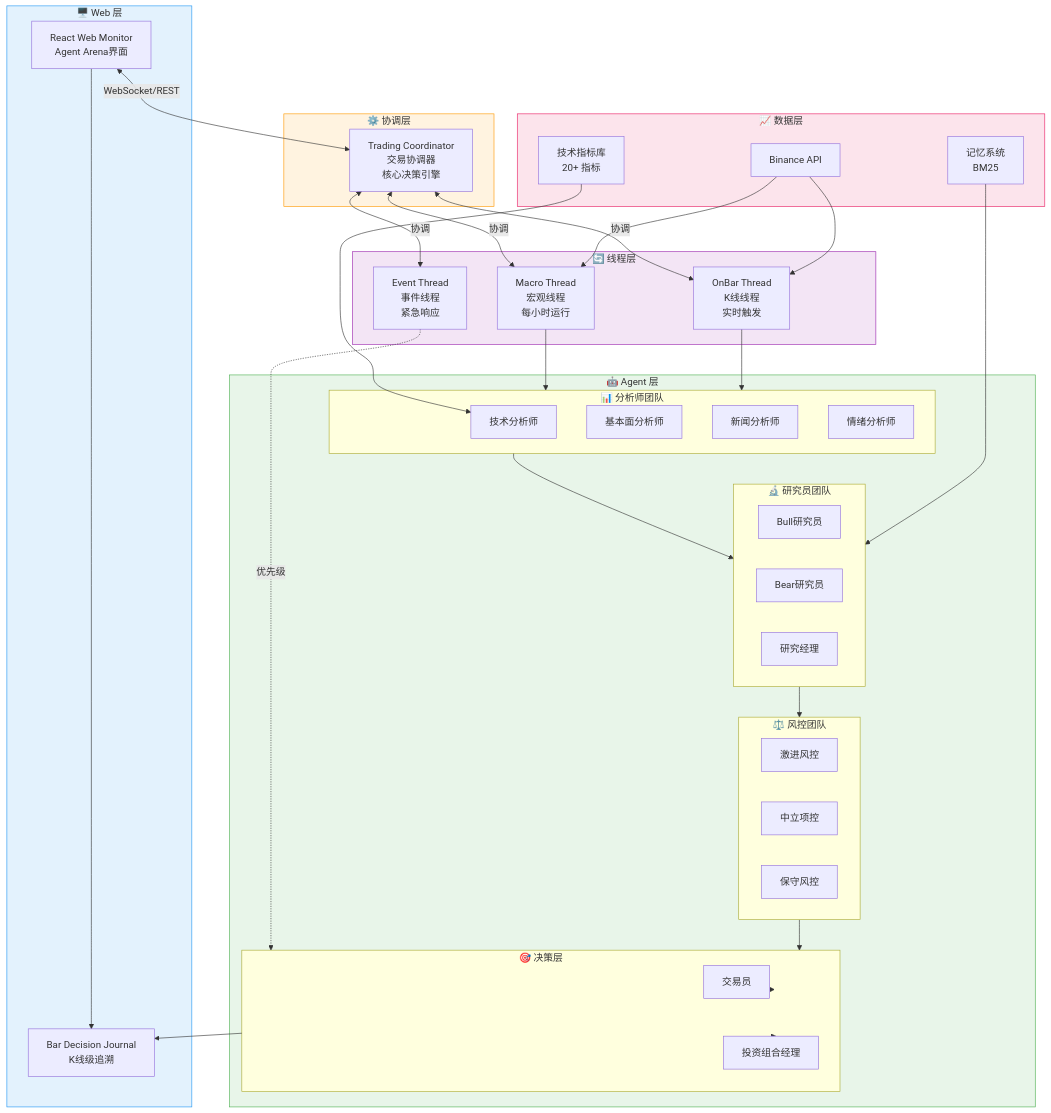
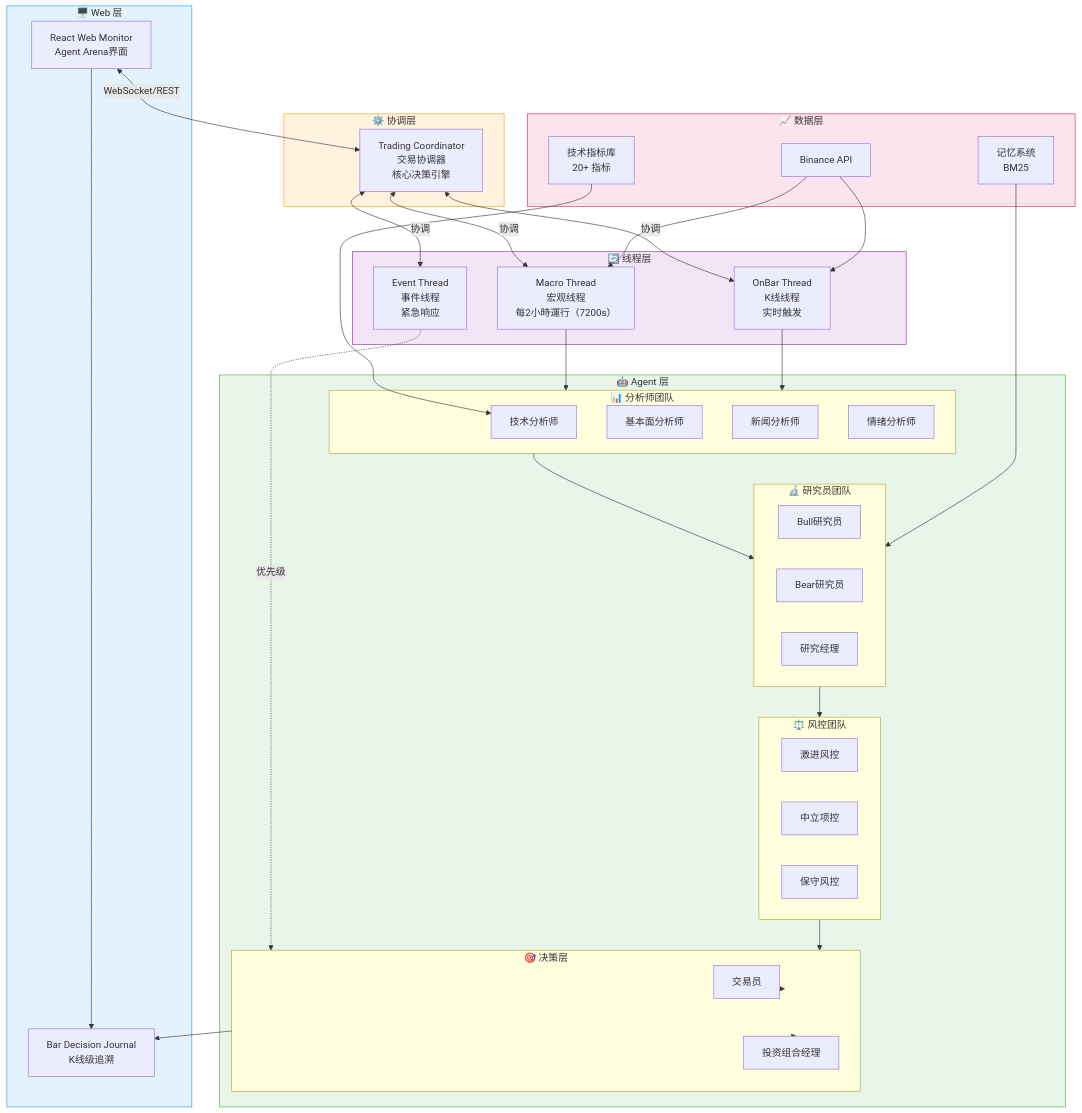
Before and after one commit to dimx9173/vibe-trading-encyc: the first of 2 diagrams in docs/guide/architecture.md, drawn with Mermaid. The commit also changed other lines of this file and 10 other files, not shown here.

````diff
--- a/docs/guide/architecture.md
+++ b/docs/guide/architecture.md
@@ -15,78 +15,78 @@
 ```mermaid
 graph TB
     subgraph Web["🖥️ Web 层"]
         Monitor[React Web Monitor<br/>Agent Arena界面]
         Journal[Bar Decision Journal<br/>K线级追溯]
     end
 
     subgraph Coord["⚙️ 协调层"]
         Coordinator[Trading Coordinator<br/>交易协调器<br/>核心决策引擎]
     end
 
     subgraph Threads["🔄 线程层"]
-        Macro[Macro Thread<br/>宏观线程<br/>每小时运行]
+        Macro[Macro Thread<br/>宏观线程<br/>每2小時運行（7200s）]
         OnBar[OnBar Thread<br/>K线线程<br/>实时触发]
         Event[Event Thread<br/>事件线程<br/>紧急响应]
     end
 
     subgraph Agents["🤖 Agent 层"]
         subgraph Analysts["📊 分析师团队"]
             Tech[技术分析师]
             Fund[基本面分析师]
             News[新闻分析师]
             Sent[情绪分析师]
         end
 
         subgraph Researchers["🔬 研究员团队"]
             Bull[Bull研究员]
             Bear[Bear研究员]
             RM[研究经理]
         end
 
         subgraph Risk["⚖️ 风控团队"]
             Agg[激进风控]
             Neu[中立项控]
             Cons[保守风控]
         end
 
         subgraph Decision["🎯 决策层"]
             Trader[交易员]
             PM[投资组合经理]
         end
     end
 
     subgraph Data["📈 数据层"]
         Binance[Binance API]
         Memory[记忆系统<br/>BM25]
         Tools[技术指标库<br/>20+ 指标]
     end
 
     Monitor <--WebSocket/REST--> Coordinator
     Monitor --> Journal
     Coordinator <--协调--> Macro
     Coordinator <--协调--> OnBar
     Coordinator <--协调--> Event
 
     Macro --> Analysts
     OnBar --> Analysts
     Event -.->|优先级| Decision
 
     Analysts --> Researchers
     Researchers --> Risk
     Risk --> Decision
 
     Decision --> Trader
     Decision --> PM
     Decision --> Journal
 
     Binance --> Macro
     Binance --> OnBar
     Memory --> Researchers
     Tools --> Tech
 
     style Web fill:#e3f2fd,stroke:#2196f3
     style Coord fill:#fff3e0,stroke:#ff9800
     style Threads fill:#f3e5f5,stroke:#9c27b0
     style Agents fill:#e8f5e9,stroke:#4caf50
     style Data fill:#fce4ec,stroke:#e91e63
 ```
````
